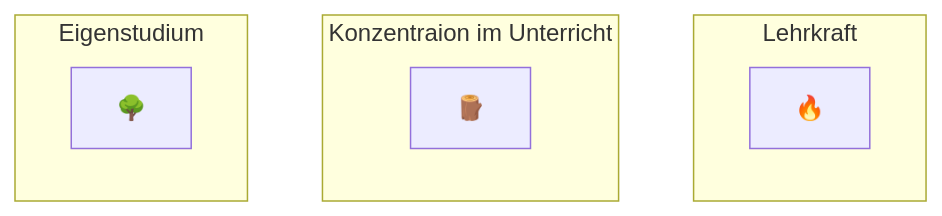
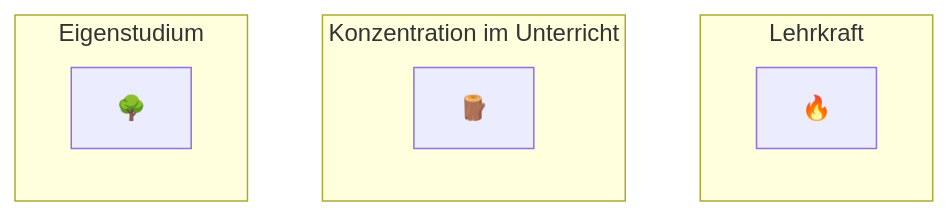
One commit to sebastiansauer/statistik1 changed the first of 6 diagrams in 010-rahmen.qmd. Above: the diagram before and after it, drawn with Mermaid. The commit also changed other lines of this file and 11 other files, not shown here.

````diff
--- a/010-rahmen.qmd
+++ b/010-rahmen.qmd
@@ -100,16 +100,16 @@
 ```{mermaid}
 %%| fig-cap: "Ihr Lernerfolg besteht aus drei Komponenten: Der Lehrkraft, Ihrer Konzentration im Unterricht und Ihrer Vor- bzw. Nachbereitung zuhause."
 %%| label: fig-erfolgsrezept
 %%| out-width: "100%"
 flowchart TD
   subgraph Lehrkraft
     F["🔥"]
   end
-  subgraph A[Konzentraion im Unterricht]
+  subgraph A[Konzentration im Unterricht]
     C["🪵"]
   end
   subgraph E[Eigenstudium]
     D["🌳"] 
   end  
 
 ```
````
